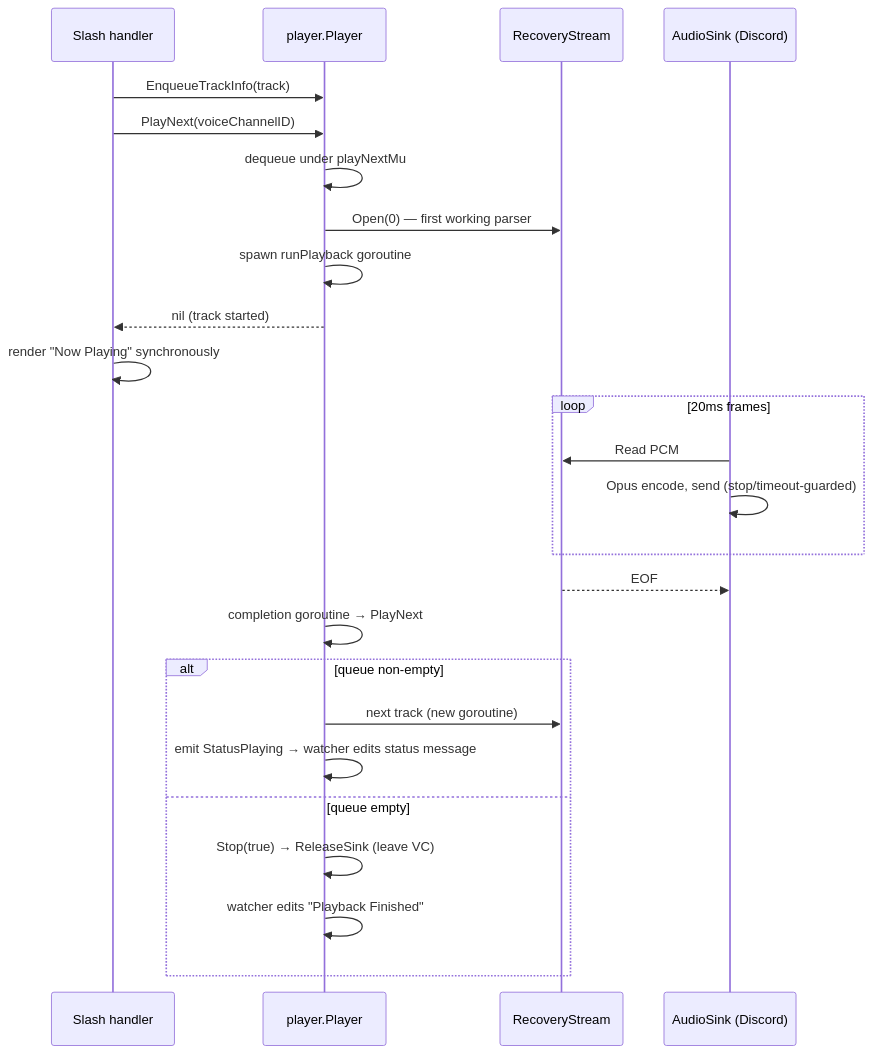
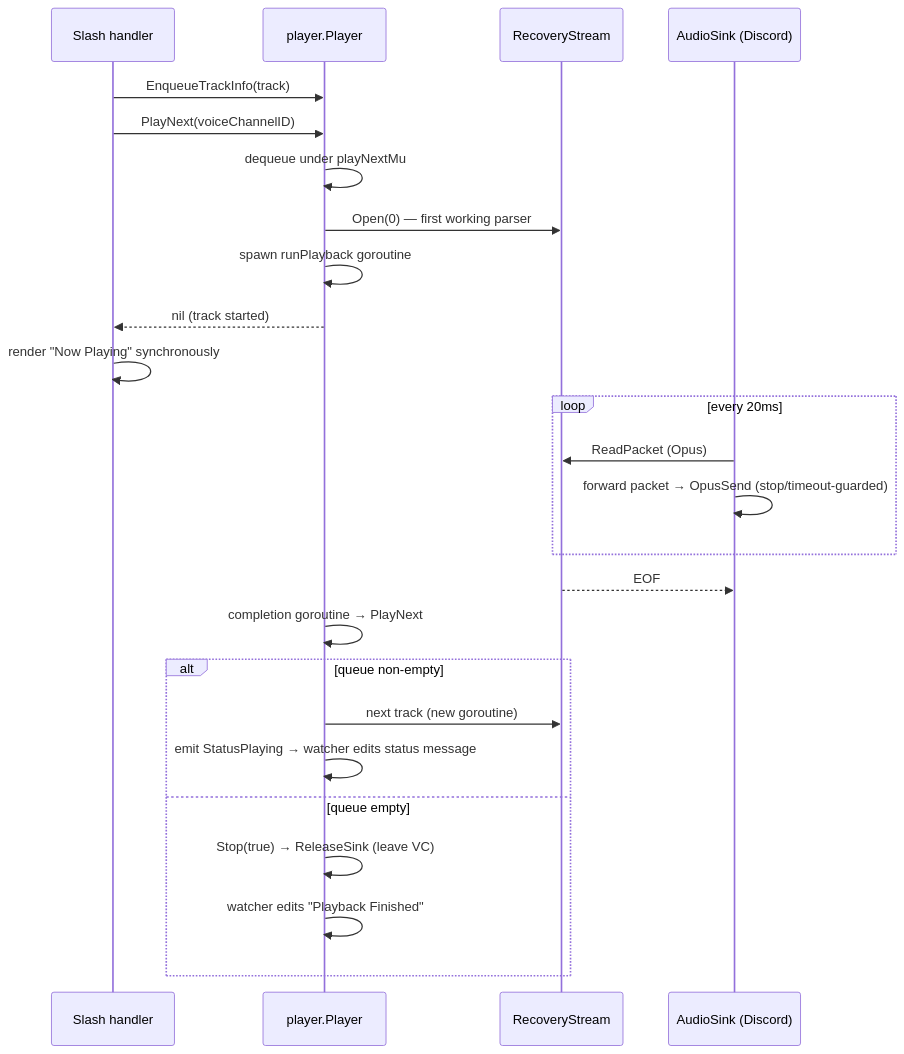
One commit to keshon/melodix changed the second of 2 diagrams in docs/architecture.md. Above: the diagram before and after it, drawn with Mermaid. The commit also changed other lines of this file and 35 other files, not shown here.

````diff
--- a/docs/architecture.md
+++ b/docs/architecture.md
@@ -144,27 +160,27 @@
 ```mermaid
 sequenceDiagram
   participant H as Slash handler
   participant P as player.Player
   participant RS as RecoveryStream
   participant S as AudioSink (Discord)
   H->>P: EnqueueTrackInfo(track)
   H->>P: PlayNext(voiceChannelID)
   P->>P: dequeue under playNextMu
   P->>RS: Open(0) — first working parser
   P->>P: spawn runPlayback goroutine
   P-->>H: nil (track started)
   H->>H: render "Now Playing" synchronously
-  loop 20ms frames
-    S->>RS: Read PCM
-    S->>S: Opus encode, send (stop/timeout-guarded)
+  loop every 20ms
+    S->>RS: ReadPacket (Opus)
+    S->>S: forward packet → OpusSend (stop/timeout-guarded)
   end
   RS-->>S: EOF
   P->>P: completion goroutine → PlayNext
   alt queue non-empty
     P->>RS: next track (new goroutine)
     P->>P: emit StatusPlaying → watcher edits status message
   else queue empty
     P->>P: Stop(true) → ReleaseSink (leave VC)
     P->>P: watcher edits "Playback Finished"
   end
 ```
````
